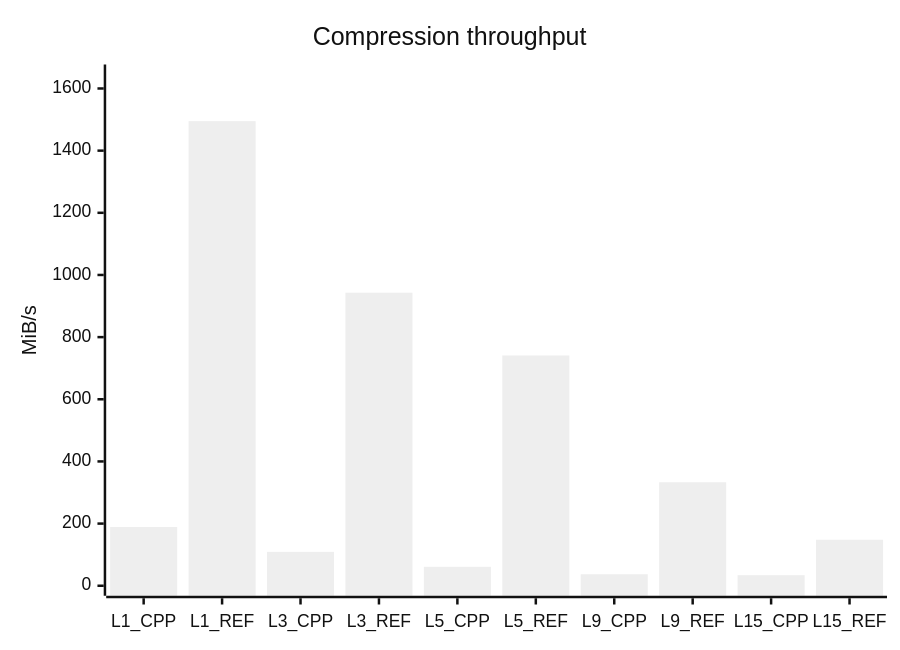
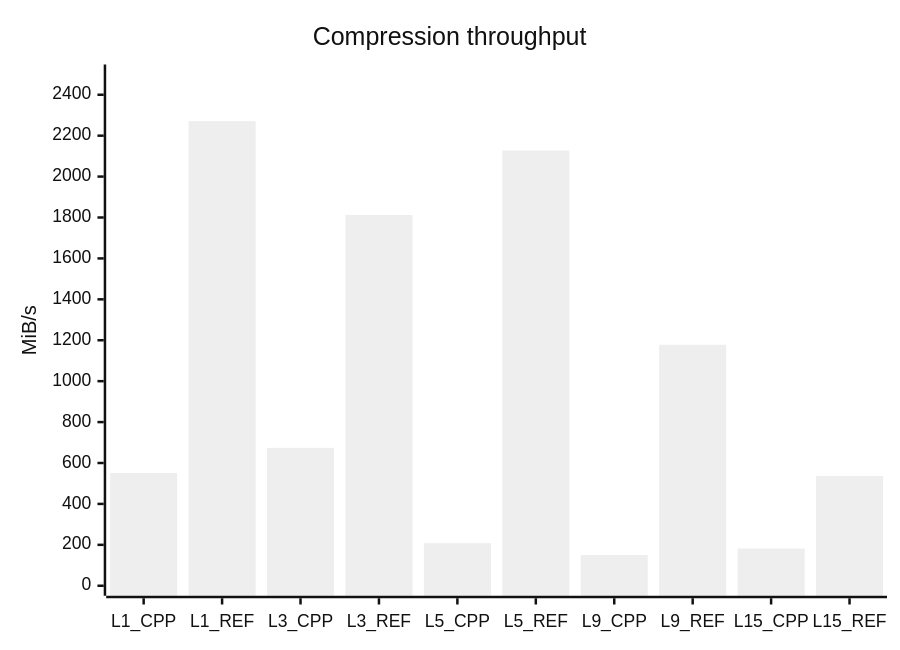
The second of 7 diagrams in README.md (mheyman/zstdpp), drawn with Mermaid (neutral theme) before and after one commit. The commit also changed other lines of this file, not shown here.

````diff
--- a/README.md
+++ b/README.md
@@ -152,7 +152,7 @@
 ```mermaid
 xychart-beta
     title "Compression throughput"
     x-axis [L1_CPP, L1_REF, L3_CPP, L3_REF, L5_CPP, L5_REF, L9_CPP, L9_REF, L15_CPP, L15_REF]
-    y-axis "MiB/s" 0 --> 1645
-    bar [189, 1495, 109, 943, 61, 741, 37, 333, 34, 148]
+    y-axis "MiB/s" 0 --> 2499
+    bar [551, 2271, 674, 1812, 208, 2127, 150, 1178, 182, 536]
 ```
````
